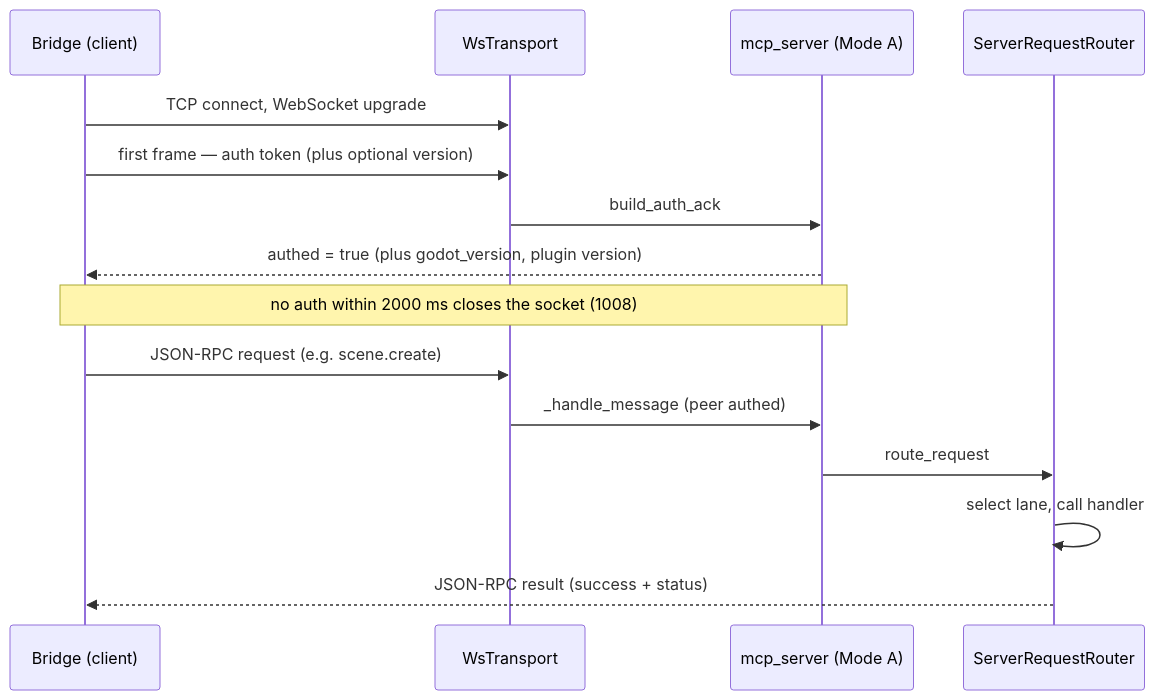
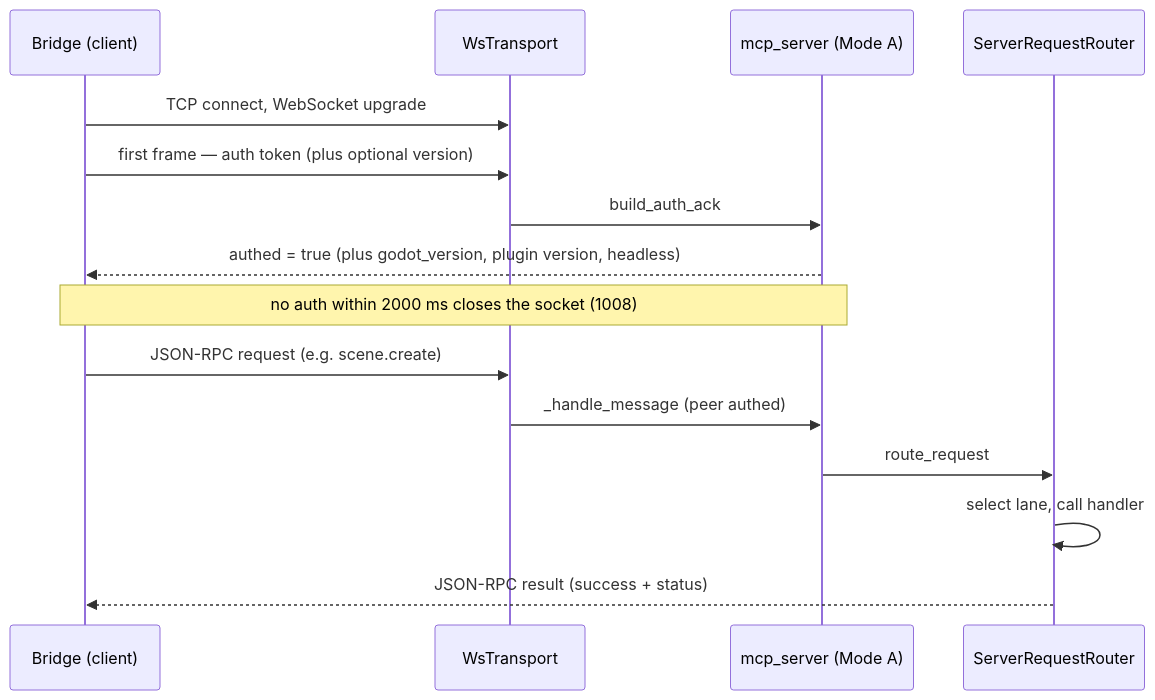
One commit to NPGameDev/godot-mcp-toolkit changed the third of 13 diagrams in docs/architecture/README.md. Above: the diagram before and after it, drawn with Mermaid. The commit also changed other lines of this file, not shown here.

First line of the commit message:
docs(architecture): finalize the 1.0 architecture doc for the full 41n-series delta

````diff
--- a/docs/architecture/README.md
+++ b/docs/architecture/README.md
@@ -197,17 +204,17 @@
 ```mermaid
 sequenceDiagram
     participant C as Bridge (client)
     participant T as WsTransport
     participant S as mcp_server (Mode A)
     participant R as ServerRequestRouter
     C->>T: TCP connect, WebSocket upgrade
     C->>T: first frame — auth token (plus optional version)
     T->>S: build_auth_ack
-    S-->>C: authed = true (plus godot_version, plugin version)
+    S-->>C: authed = true (plus godot_version, plugin version, headless)
     Note over C,S: no auth within 2000 ms closes the socket (1008)
     C->>T: JSON-RPC request (e.g. scene.create)
     T->>S: _handle_message (peer authed)
     S->>R: route_request
     R->>R: select lane, call handler
     R-->>C: JSON-RPC result (success + status)
 ```
````
